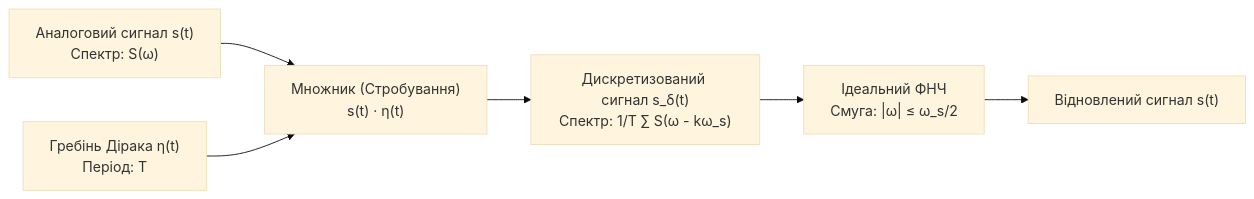
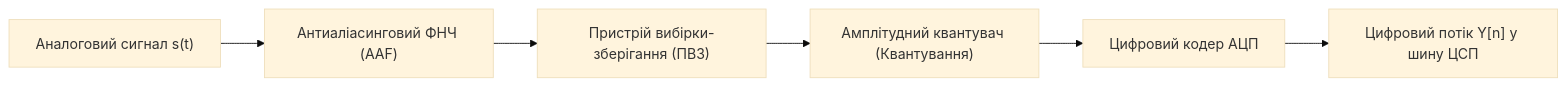
Before and after one commit to KyryloVadurin/signal-image-processing: the second of 6 diagrams in docs/lk/lk1.md, drawn with Mermaid (base theme). The commit also changed other lines of this file, not shown here.

````diff
--- a/docs/lk/lk1.md
+++ b/docs/lk/lk1.md
@@ -121,8 +221,8 @@
 ```mermaid
 flowchart LR
-    A["Аналоговий сигнал s(t)<br>Спектр: S(ω)"] --> C["Множник (Стробування)<br>s(t) · η(t)"]
-    B["Гребінь Дірака η(t)<br>Період: T"] --> C
-    C --> D["Дискретизований сигнал s_δ(t)<br>Спектр: 1/T ∑ S(ω - kω_s)"]
-    D --> E["Ідеальний ФНЧ<br>Смуга: |ω| ≤ ω_s/2"]
-    E --> F["Відновлений сигнал s(t)"]
+    A["Аналоговий сигнал s(t)"] --> B["Антиаліасинговий ФНЧ (AAF)"]
+    B --> C["Пристрій вибірки-зберігання (ПВЗ)"]
+    C --> D["Амплітудний квантувач (Квантування)"]
+    D --> E["Цифровий кодер АЦП"]
+    E --> F["Цифровий потік Y[n] у шину ЦСП"]
 ```
````
